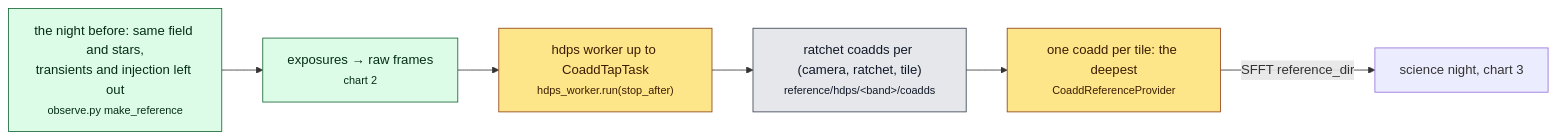
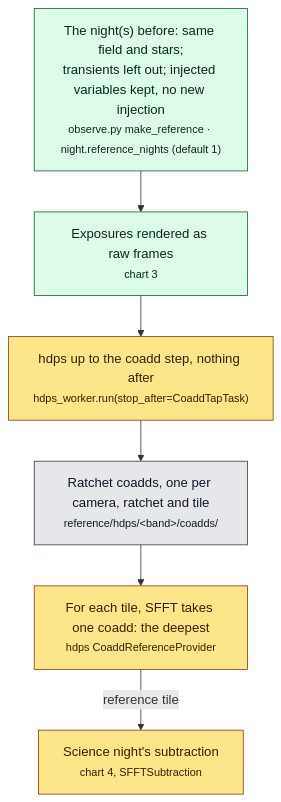
One commit to nialljmiller/MESA_Argus changed the fifth of 7 diagrams in docs/PIPELINE.md. Above: the diagram before and after it, drawn with Mermaid. The commit also changed other lines of this file and 1 other file, not shown here.

````diff
--- a/docs/PIPELINE.md
+++ b/docs/PIPELINE.md
@@ -128,14 +205,15 @@
 ```mermaid
-flowchart LR
+flowchart TD
   classDef ours fill:#dcfce7,stroke:#166534,color:#052e16
   classDef hdps fill:#fde68a,stroke:#92400e,color:#3b1d02
   classDef out fill:#e5e7eb,stroke:#374151,color:#111827
 
-  RN["the night before: same field and stars,<br/>transients and injection left out<br/><small>observe.py make_reference</small>"]:::ours
-  RX["exposures → raw frames<br/><small>chart 2</small>"]:::ours
-  RH["hdps worker up to CoaddTapTask<br/><small>hdps_worker.run(stop_after)</small>"]:::hdps
-  RC["ratchet coadds per (camera, ratchet, tile)<br/><small>reference/hdps/&lt;band&gt;/coadds</small>"]:::out
-  PICK["one coadd per tile: the deepest<br/><small>CoaddReferenceProvider</small>"]:::hdps
+  RN["The night(s) before: same field and stars;<br/>transients left out; injected variables kept, no new injection<br/><small>observe.py make_reference · night.reference_nights (default 1)</small>"]:::ours
+  RX["Exposures rendered as raw frames<br/><small>chart 3</small>"]:::ours
+  RH["hdps up to the coadd step, nothing after<br/><small>hdps_worker.run(stop_after=CoaddTapTask)</small>"]:::hdps
+  RC["Ratchet coadds, one per camera, ratchet and tile<br/><small>reference/hdps/&lt;band&gt;/coadds/</small>"]:::out
+  PICK["For each tile, SFFT takes one coadd: the deepest<br/><small>hdps CoaddReferenceProvider</small>"]:::hdps
+  SCI["Science night's subtraction<br/><small>chart 4, SFFTSubtraction</small>"]:::hdps
 
-  RN --> RX --> RH --> RC --> PICK -->|"SFFT reference_dir"| SCI["science night, chart 3"]
+  RN --> RX --> RH --> RC --> PICK -->|"reference tile"| SCI
 ```
````
